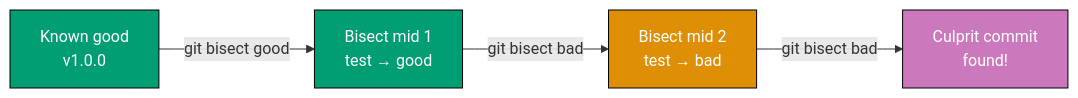
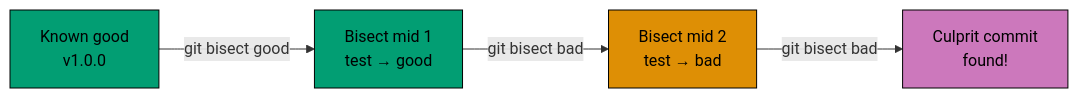
One commit to wahidyankf/ose-public changed the sixth of 14 diagrams in apps/ayokoding-www/content/en/learn/legacy/software-engineering/automation-tools/git/by-example/advanced.md. Above: the diagram before and after it, drawn with Mermaid. The commit also changed other lines of this file and 131 other files, not shown here.

First line of the commit message:
fix(mermaid): bring the legacy data, infrastructure, and testing diagrams onto the accessible palette

````diff
--- a/apps/ayokoding-www/content/en/learn/legacy/software-engineering/automation-tools/git/by-example/advanced.md
+++ b/apps/ayokoding-www/content/en/learn/legacy/software-engineering/automation-tools/git/by-example/advanced.md
@@ -418,17 +443,23 @@
 ```mermaid
 %% Color Palette: Blue #0173B2, Orange #DE8F05, Teal #029E73, Purple #CC78BC, Brown #CA9161
 graph LR
+    accTitle: Example 64: Git Bisect — Manual Binary Search for a Regression
+    accDescr: Graph with 4 nodes and 3 connections. Nodes: Known good v1.0.0, Bisect mid 1 test → good, Bisect mid 2 test → bad, Culprit commit found!. Connections: Known good v1.0.0 to Bisect mid 1 test → good (git bisect good), Bisect mid 1 test → good to Bisect mid 2 test → bad (git bisect bad), Bisect mid 2 test → bad to Culprit commit found! (git bisect bad).
     A["Known good<br/>v1.0.0"]
     B["Bisect mid 1<br/>test → good"]
     C["Bisect mid 2<br/>test → bad"]
     D["Culprit commit<br/>found!"]
 
     A -->|git bisect good| B
     B -->|git bisect bad| C
     C -->|git bisect bad| D
 
-    style A fill:#029E73,stroke:#000,color:#fff
-    style B fill:#029E73,stroke:#000,color:#fff
-    style C fill:#DE8F05,stroke:#000,color:#fff
-    style D fill:#CC78BC,stroke:#000,color:#fff
+    classDef pal-029E73 fill:#029E73,stroke:#000000,color:#000000
+    class A pal-029E73
+    class B pal-029E73
+    classDef pal-DE8F05 fill:#DE8F05,stroke:#000000,color:#000000
+    class C pal-DE8F05
+    classDef pal-CC78BC fill:#CC78BC,stroke:#000000,color:#000000
+    class D pal-CC78BC
+    classDef default fill:#FFFFFF,stroke:#000000,color:#000000
 ```
````
